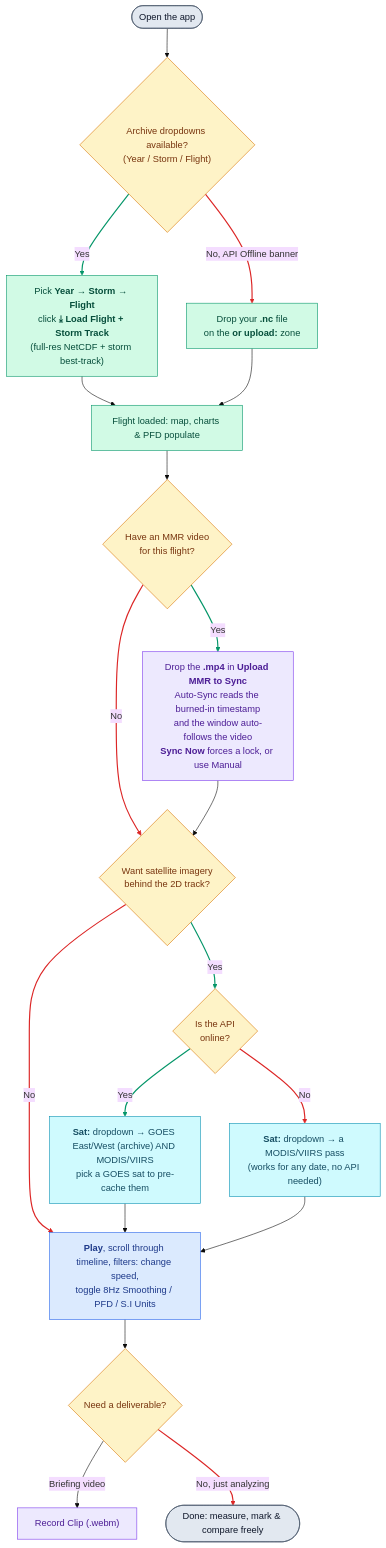
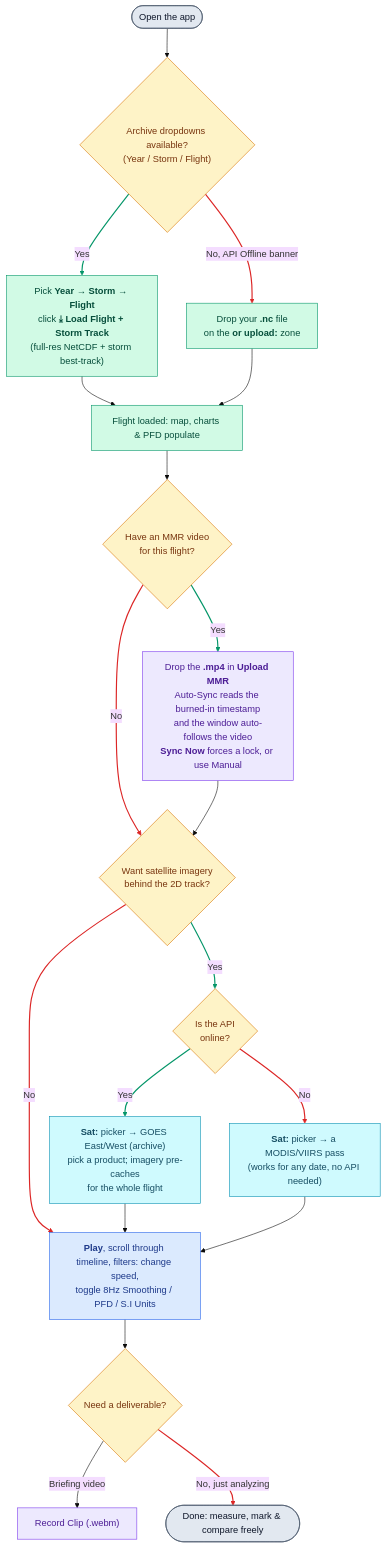
Before and after one commit to diegoxb07/AOCVisualizer: the diagram in README.md, drawn with Mermaid (base theme). The commit also changed other lines of this file and 6 other files, not shown here.

````diff
--- a/README.md
+++ b/README.md
@@ -17,37 +20,37 @@
 ```mermaid
 flowchart TD
     START(["Open the app"]) --> ARCHIVE{"Archive dropdowns available?<br>(Year / Storm / Flight)"}
     ARCHIVE -- "Yes" --> LOADARC["Pick <b>Year → Storm → Flight</b><br>click <b>⤓ Load Flight + Storm Track</b><br>(full-res NetCDF + storm best-track)"]
     ARCHIVE -- "No, API Offline banner" --> UPLOAD["Drop your <b>.nc</b> file<br>on the <b>or upload:</b> zone"]
     LOADARC --> LOADED["Flight loaded: map, charts & PFD populate"]
     UPLOAD --> LOADED
     LOADED --> MMR{"Have an MMR video<br>for this flight?"}
-    MMR -- "Yes" --> VIDEO["Drop the <b>.mp4</b> in <b>Upload MMR to Sync</b><br>Auto-Sync reads the burned-in timestamp<br>and the window auto-follows the video<br><b>Sync Now</b> forces a lock, or use Manual"]
+    MMR -- "Yes" --> VIDEO["Drop the <b>.mp4</b> in <b>Upload MMR</b><br>Auto-Sync reads the burned-in timestamp<br>and the window auto-follows the video<br><b>Sync Now</b> forces a lock, or use Manual"]
     MMR -- "No" --> SAT{"Want satellite imagery<br>behind the 2D track?"}
     VIDEO --> SAT
     SAT -- "Yes" --> FROMARC{"Is the API<br>online?"}
-    FROMARC -- "Yes" --> SATGOES["<b>Sat:</b> dropdown → GOES East/West (archive) AND MODIS/VIIRS<br>pick a GOES sat to pre-cache them"]
-    FROMARC -- "No" --> SATPOLAR["<b>Sat:</b> dropdown → a MODIS/VIIRS pass<br>(works for any date, no API needed)"]
+    FROMARC -- "Yes" --> SATGOES["<b>Sat:</b> picker → GOES East/West (archive)<br>pick a product; imagery pre-caches<br>for the whole flight"]
+    FROMARC -- "No" --> SATPOLAR["<b>Sat:</b> picker → a MODIS/VIIRS pass<br>(works for any date, no API needed)"]
     SAT -- "No" --> PLAY["<b>Play</b>, scroll through timeline, filters: change speed,<br>toggle 8Hz Smoothing / PFD / S.I Units"]
     SATGOES --> PLAY
     SATPOLAR --> PLAY
     PLAY --> EXPORT{"Need a deliverable?"}
     EXPORT -- "Briefing video" --> CLIP["Record Clip (.webm)"]
     EXPORT -- "No, just analyzing" --> DONE(["Done: measure, mark & compare freely"])
 
     classDef decision fill:#fef3c7,stroke:#d97706,color:#78350f
     classDef data fill:#d1fae5,stroke:#059669,color:#064e3b
     classDef mmr fill:#ede9fe,stroke:#7c3aed,color:#4c1d95
     classDef sat fill:#cffafe,stroke:#0891b2,color:#164e63
     classDef playback fill:#dbeafe,stroke:#2563eb,color:#1e3a8a
     classDef term fill:#e2e8f0,stroke:#475569,color:#0f172a
     class ARCHIVE,MMR,SAT,FROMARC,EXPORT decision
     class LOADARC,UPLOAD,LOADED data
     class VIDEO,CLIP mmr
     class SATGOES,SATPOLAR sat
     class PLAY playback
     class START,DONE term
     %% linkStyle numbers = edge definition order above; update them if edges are added or reordered
     linkStyle 1,6,9,10 stroke:#059669,stroke-width:2px
     linkStyle 2,7,11,12,17 stroke:#dc2626,stroke-width:2px
 ```
````
